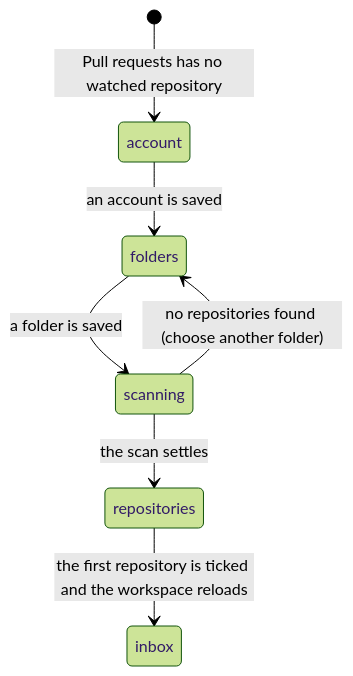
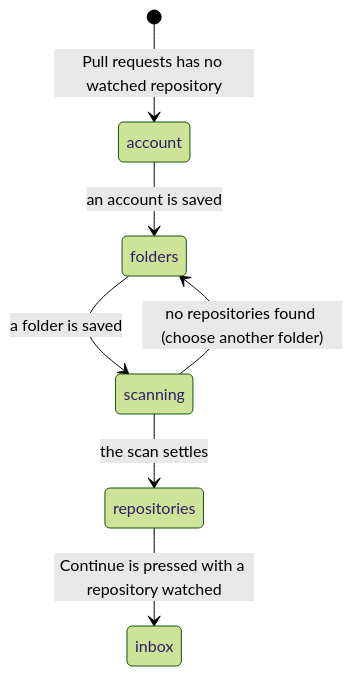
Before and after one commit to kwanpham2195/patchdesk: the diagram in docs/product-description/first-run/setup-checklist.md, drawn with Mermaid (forest theme). The commit also changed other lines of this file and 3 other files, not shown here.

Commit message:
feat(first-run): keep setup open until Continue so several repositories can be picked

````diff
--- a/docs/product-description/first-run/setup-checklist.md
+++ b/docs/product-description/first-run/setup-checklist.md
@@ -15,9 +15,9 @@
 ```mermaid
 stateDiagram-v2
     [*] --> account : Pull requests has no watched repository
     account --> folders : an account is saved
     folders --> scanning : a folder is saved
     scanning --> repositories : the scan settles
     scanning --> folders : no repositories found (choose another folder)
-    repositories --> inbox : the first repository is ticked and the workspace reloads
+    repositories --> inbox : Continue is pressed with a repository watched
 ```
````
